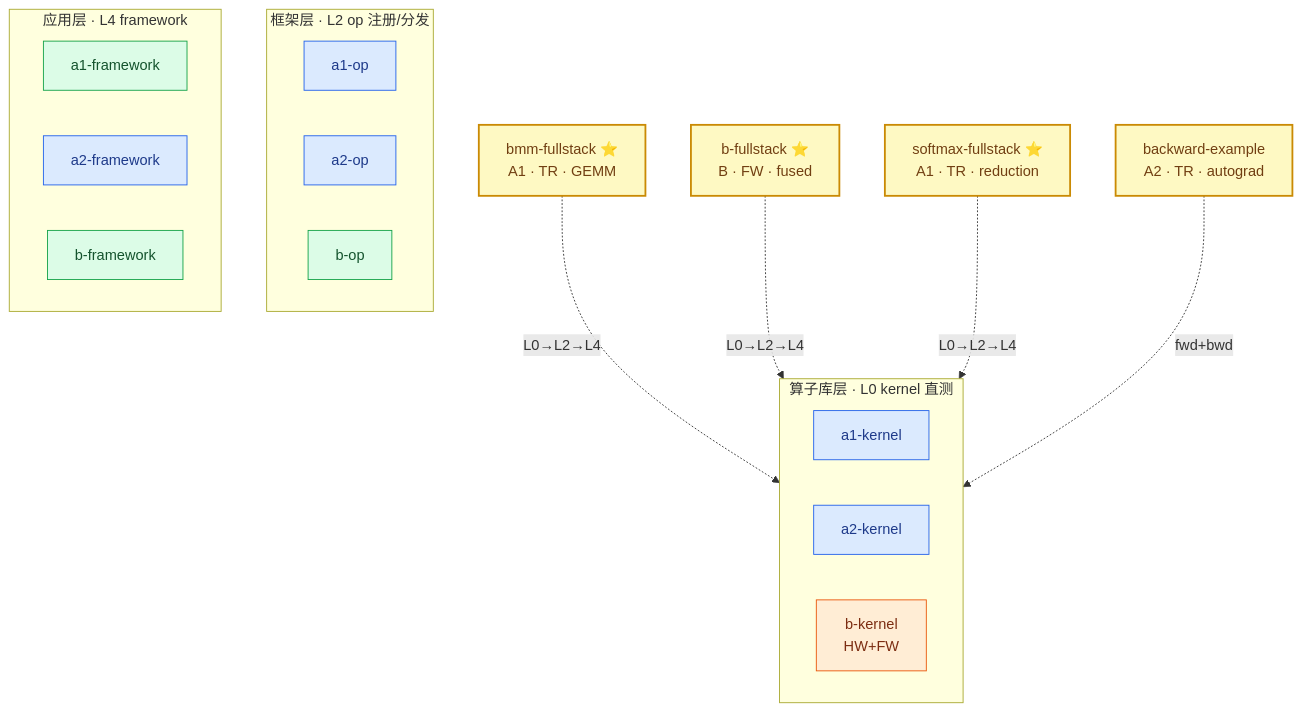
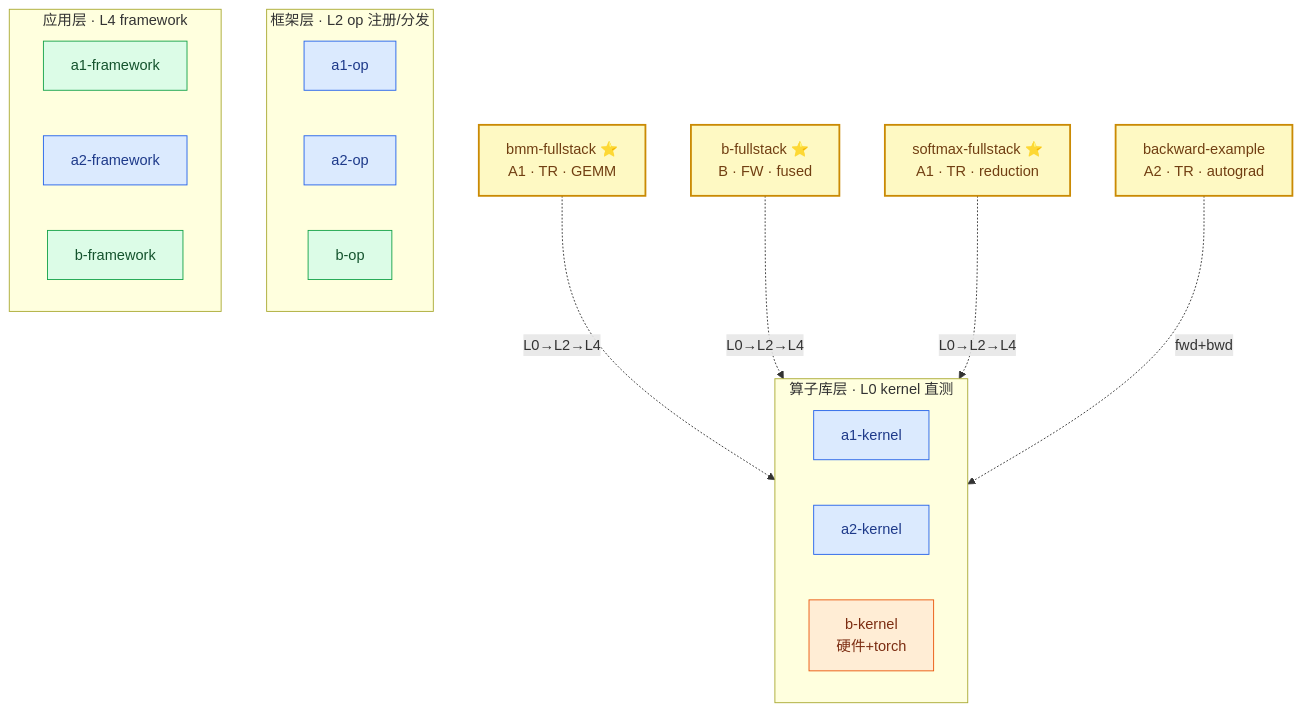
Before and after one commit to FLAG-OP/FlagOS-OP: the diagram in examples/README.md, drawn with Mermaid. The commit also changed other lines of this file and 10 other files, not shown here.

````diff
--- a/examples/README.md
+++ b/examples/README.md
@@ -8,36 +8,36 @@
 ```mermaid
 flowchart TB
     classDef tr fill:#dbeafe,stroke:#2563eb,color:#1e3a8a
     classDef fw fill:#dcfce7,stroke:#16a34a,color:#14532d
     classDef hw fill:#ffedd5,stroke:#ea580c,color:#7c2d12
     classDef fs fill:#fef9c3,stroke:#ca8a04,stroke-width:2px,color:#713f12
 
     subgraph L0["算子库层 · L0 kernel 直测"]
         direction LR
         A1K["a1-kernel"]:::tr
         A2K["a2-kernel"]:::tr
-        BK["b-kernel<br/>HW+FW"]:::hw
+        BK["b-kernel<br/>硬件+torch"]:::hw
     end
     subgraph L2["框架层 · L2 op 注册/分发"]
         direction LR
         A1O["a1-op"]:::tr
         A2O["a2-op"]:::tr
         BO["b-op"]:::fw
     end
     subgraph L4["应用层 · L4 framework"]
         direction LR
         A1F["a1-framework"]:::fw
         A2F["a2-framework"]:::tr
         BF["b-framework"]:::fw
     end
 
     BMM["bmm-fullstack ⭐<br/>A1 · TR · GEMM"]:::fs
     BFS["b-fullstack ⭐<br/>B · FW · fused"]:::fs
     SMX["softmax-fullstack ⭐<br/>A1 · TR · reduction"]:::fs
     BWD["backward-example<br/>A2 · TR · autograd"]:::fs
 
     BMM -. "L0→L2→L4" .-> A1K
     BFS -. "L0→L2→L4" .-> BK
     SMX -. "L0→L2→L4" .-> A1K
     BWD -. "fwd+bwd" .-> A2K
 ```
````
